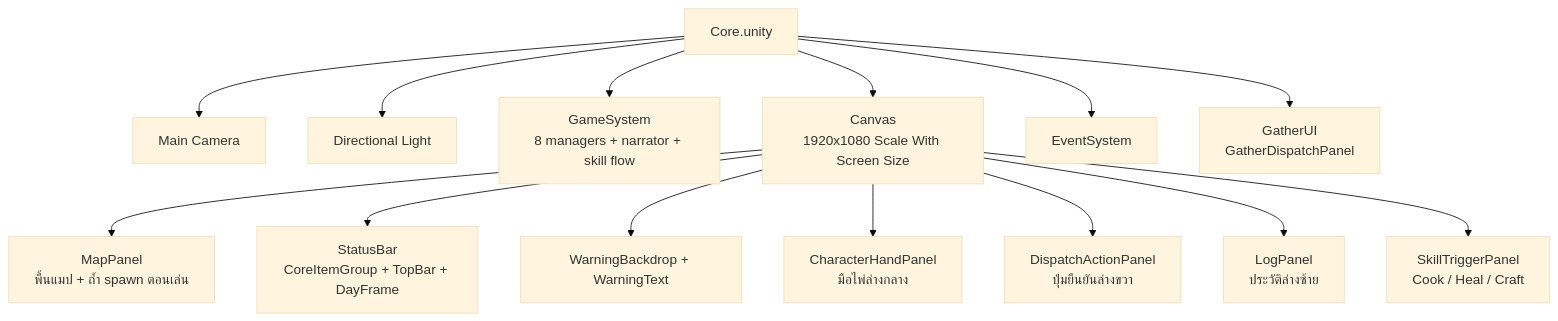
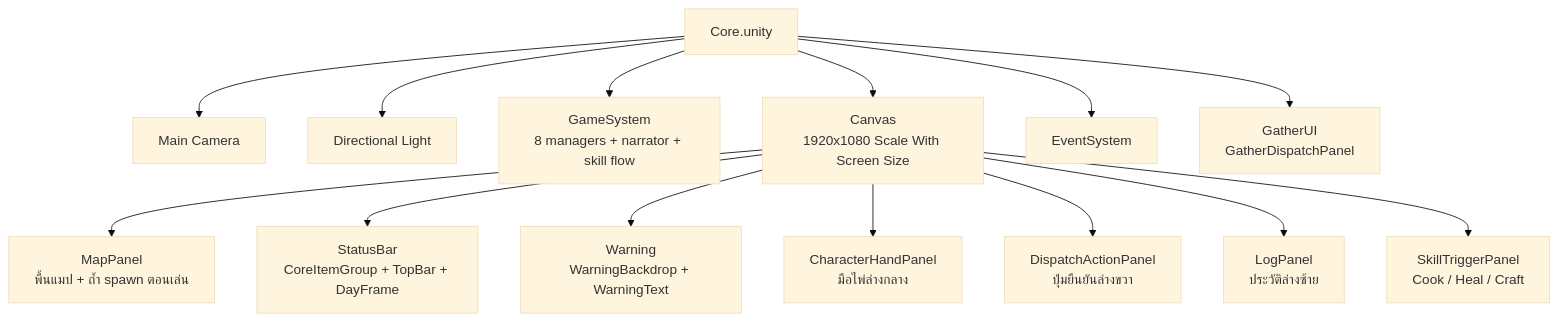
One commit to nopponaim603/clogged changed the diagram in docs/software/06-unity-core-scene-hierarchy.md. Above: the diagram before and after it, drawn with Mermaid (base theme). The commit also changed other lines of this file and 6 other files, not shown here.

````diff
--- a/docs/software/06-unity-core-scene-hierarchy.md
+++ b/docs/software/06-unity-core-scene-hierarchy.md
@@ -20,18 +20,18 @@
 ```mermaid
 flowchart TD
     Scene["Core.unity"]
     Scene --> Cam["Main Camera"]
     Scene --> Light["Directional Light"]
     Scene --> GS["GameSystem<br/>8 managers + narrator + skill flow"]
     Scene --> Canvas["Canvas<br/>1920x1080 Scale With Screen Size"]
     Scene --> ES["EventSystem"]
     Scene --> GUI["GatherUI<br/>GatherDispatchPanel"]
 
     Canvas --> Map["MapPanel<br/>พื้นแมป + ถ้ำ spawn ตอนเล่น"]
     Canvas --> SB["StatusBar<br/>CoreItemGroup + TopBar + DayFrame"]
-    Canvas --> WB["WarningBackdrop + WarningText"]
+    Canvas --> WB["Warning<br/>WarningBackdrop + WarningText"]
     Canvas --> Hand["CharacterHandPanel<br/>มือไพ่ล่างกลาง"]
     Canvas --> Act["DispatchActionPanel<br/>ปุ่มยืนยันล่างขวา"]
     Canvas --> Log["LogPanel<br/>ประวัติล่างซ้าย"]
     Canvas --> Skill["SkillTriggerPanel<br/>Cook / Heal / Craft"]
 ```
````
